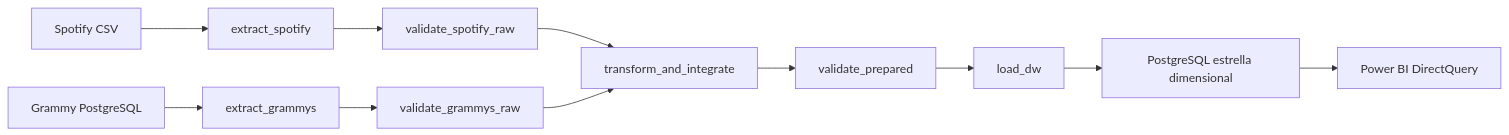
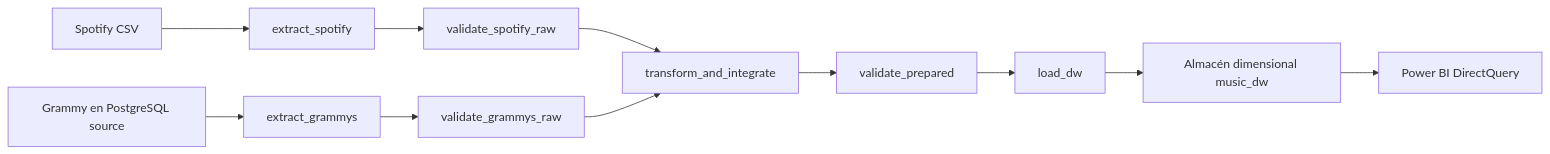
One commit to Its-issa23/Workshop2_Music changed the first of 2 diagrams in README.md. Above: the diagram before and after it, drawn with Mermaid. The commit also changed other lines of this file and 15 other files, not shown here.

Commit message:
Implementa modelo estrella en Power BI

````diff
--- a/README.md
+++ b/README.md
@@ -86,9 +46,13 @@
 ```mermaid
 flowchart LR
- S[Spotify CSV] --> ES[extract_spotify] --> VS[validate_spotify_raw]
- G[Grammy PostgreSQL] --> EG[extract_grammys] --> VG[validate_grammys_raw]
- VS --> T[transform_and_integrate]
- VG --> T
- T --> VP[validate_prepared] --> L[load_dw]
- L --> DW[PostgreSQL estrella dimensional] --> BI[Power BI DirectQuery]
+    S[Spotify CSV] --> ES[extract_spotify]
+    ES --> VS[validate_spotify_raw]
+    G[Grammy en PostgreSQL source] --> EG[extract_grammys]
+    EG --> VG[validate_grammys_raw]
+    VS --> T[transform_and_integrate]
+    VG --> T
+    T --> VP[validate_prepared]
+    VP --> L[load_dw]
+    L --> DW[Almacén dimensional music_dw]
+    DW --> BI[Power BI DirectQuery]
 ```
````
